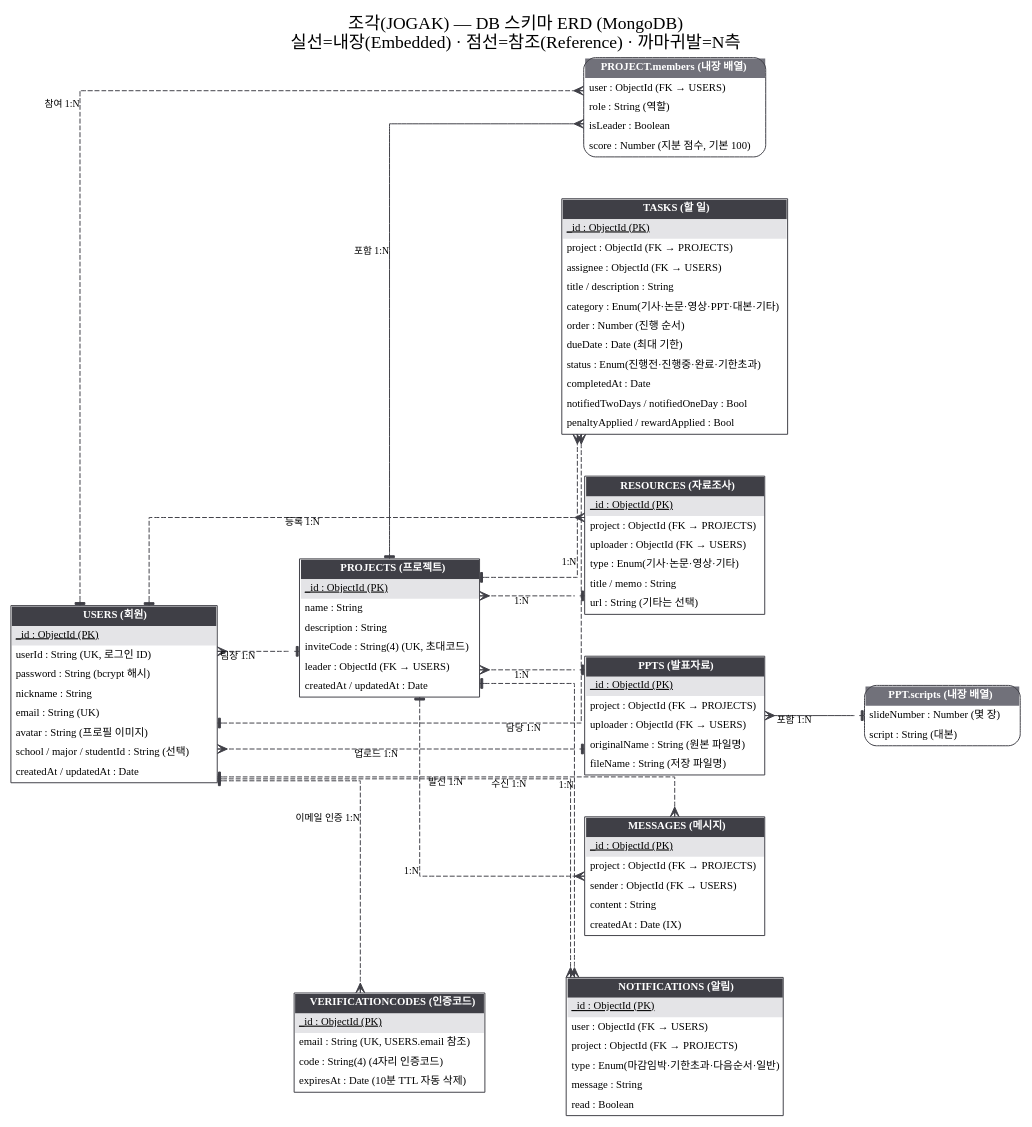
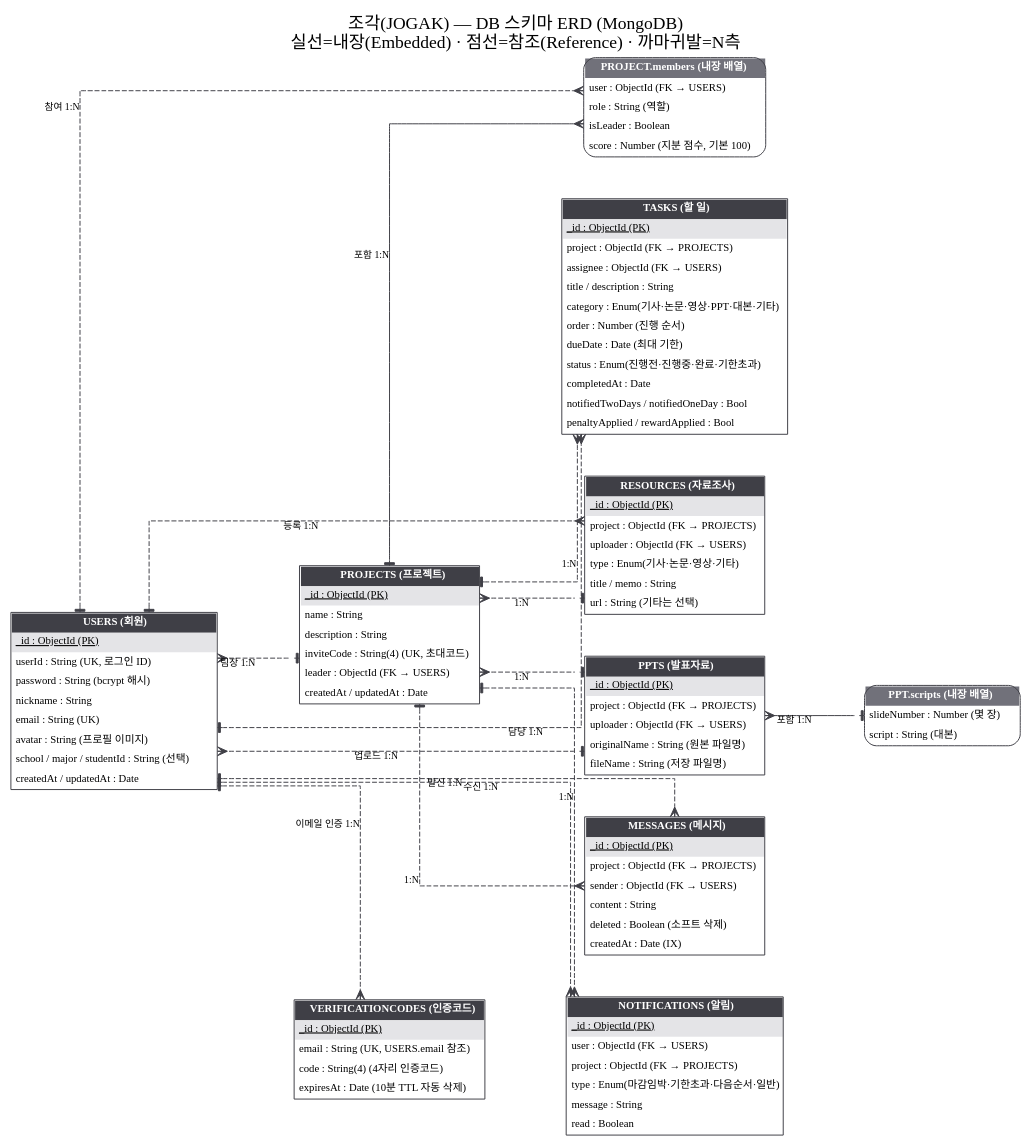
One commit to JOOKITEZ/DB_Project changed the diagram in docs/erd.dot. Above: the diagram before and after it, drawn with Graphviz. The commit also changed 10 other files, not shown here.

```diff
--- a/docs/erd.dot
+++ b/docs/erd.dot
@@ -1,135 +1,136 @@
 // 조별과제 매니저 — ERD (ERwin IE 표기법 스타일)
 // 실선 = 내장(embedded, 식별 관계) / 점선 = 참조(reference, 비식별 관계)
 digraph ERD {
   graph [rankdir=LR, splines=ortho, nodesep=0.6, ranksep=1.1, fontname="NanumGothic", bgcolor=white,
          label="조각(JOGAK) — DB 스키마 ERD (MongoDB)\n실선=내장(Embedded) · 점선=참조(Reference) · 까마귀발=N측", labelloc=t, fontsize=18];
   node  [shape=plain, fontname="NanumGothic", fontsize=11];
   edge  [fontname="NanumGothic", fontsize=10, color="#3f3f46"];
 
   USERS [label=<
     <TABLE BORDER="1" CELLBORDER="0" CELLSPACING="0" CELLPADDING="4" COLOR="#3f3f46">
       <TR><TD BGCOLOR="#3f3f46" ALIGN="CENTER"><FONT COLOR="white"><B>USERS (회원)</B></FONT></TD></TR>
       <TR><TD BGCOLOR="#e4e4e7" ALIGN="LEFT"><U>_id : ObjectId (PK)</U></TD></TR>
       <TR><TD ALIGN="LEFT">userId : String (UK, 로그인 ID)</TD></TR>
       <TR><TD ALIGN="LEFT">password : String (bcrypt 해시)</TD></TR>
       <TR><TD ALIGN="LEFT">nickname : String</TD></TR>
       <TR><TD ALIGN="LEFT">email : String (UK)</TD></TR>
       <TR><TD ALIGN="LEFT">avatar : String (프로필 이미지)</TD></TR>
       <TR><TD ALIGN="LEFT">school / major / studentId : String (선택)</TD></TR>
       <TR><TD ALIGN="LEFT">createdAt / updatedAt : Date</TD></TR>
     </TABLE>>];
 
   PROJECTS [label=<
     <TABLE BORDER="1" CELLBORDER="0" CELLSPACING="0" CELLPADDING="4" COLOR="#3f3f46">
       <TR><TD BGCOLOR="#3f3f46" ALIGN="CENTER"><FONT COLOR="white"><B>PROJECTS (프로젝트)</B></FONT></TD></TR>
       <TR><TD BGCOLOR="#e4e4e7" ALIGN="LEFT"><U>_id : ObjectId (PK)</U></TD></TR>
       <TR><TD ALIGN="LEFT">name : String</TD></TR>
       <TR><TD ALIGN="LEFT">description : String</TD></TR>
       <TR><TD ALIGN="LEFT">inviteCode : String(4) (UK, 초대코드)</TD></TR>
       <TR><TD ALIGN="LEFT">leader : ObjectId (FK → USERS)</TD></TR>
       <TR><TD ALIGN="LEFT">createdAt / updatedAt : Date</TD></TR>
     </TABLE>>];
 
   MEMBERS [label=<
     <TABLE BORDER="1" CELLBORDER="0" CELLSPACING="0" CELLPADDING="4" COLOR="#3f3f46" STYLE="ROUNDED">
       <TR><TD BGCOLOR="#71717a" ALIGN="CENTER"><FONT COLOR="white"><B>PROJECT.members (내장 배열)</B></FONT></TD></TR>
       <TR><TD ALIGN="LEFT">user : ObjectId (FK → USERS)</TD></TR>
       <TR><TD ALIGN="LEFT">role : String (역할)</TD></TR>
       <TR><TD ALIGN="LEFT">isLeader : Boolean</TD></TR>
       <TR><TD ALIGN="LEFT">score : Number (지분 점수, 기본 100)</TD></TR>
     </TABLE>>];
 
   TASKS [label=<
     <TABLE BORDER="1" CELLBORDER="0" CELLSPACING="0" CELLPADDING="4" COLOR="#3f3f46">
       <TR><TD BGCOLOR="#3f3f46" ALIGN="CENTER"><FONT COLOR="white"><B>TASKS (할 일)</B></FONT></TD></TR>
       <TR><TD BGCOLOR="#e4e4e7" ALIGN="LEFT"><U>_id : ObjectId (PK)</U></TD></TR>
       <TR><TD ALIGN="LEFT">project : ObjectId (FK → PROJECTS)</TD></TR>
       <TR><TD ALIGN="LEFT">assignee : ObjectId (FK → USERS)</TD></TR>
       <TR><TD ALIGN="LEFT">title / description : String</TD></TR>
       <TR><TD ALIGN="LEFT">category : Enum(기사·논문·영상·PPT·대본·기타)</TD></TR>
       <TR><TD ALIGN="LEFT">order : Number (진행 순서)</TD></TR>
       <TR><TD ALIGN="LEFT">dueDate : Date (최대 기한)</TD></TR>
       <TR><TD ALIGN="LEFT">status : Enum(진행전·진행중·완료·기한초과)</TD></TR>
       <TR><TD ALIGN="LEFT">completedAt : Date</TD></TR>
       <TR><TD ALIGN="LEFT">notifiedTwoDays / notifiedOneDay : Bool</TD></TR>
       <TR><TD ALIGN="LEFT">penaltyApplied / rewardApplied : Bool</TD></TR>
     </TABLE>>];
 
   RESOURCES [label=<
     <TABLE BORDER="1" CELLBORDER="0" CELLSPACING="0" CELLPADDING="4" COLOR="#3f3f46">
       <TR><TD BGCOLOR="#3f3f46" ALIGN="CENTER"><FONT COLOR="white"><B>RESOURCES (자료조사)</B></FONT></TD></TR>
       <TR><TD BGCOLOR="#e4e4e7" ALIGN="LEFT"><U>_id : ObjectId (PK)</U></TD></TR>
       <TR><TD ALIGN="LEFT">project : ObjectId (FK → PROJECTS)</TD></TR>
       <TR><TD ALIGN="LEFT">uploader : ObjectId (FK → USERS)</TD></TR>
       <TR><TD ALIGN="LEFT">type : Enum(기사·논문·영상·기타)</TD></TR>
       <TR><TD ALIGN="LEFT">title / memo : String</TD></TR>
       <TR><TD ALIGN="LEFT">url : String (기타는 선택)</TD></TR>
     </TABLE>>];
 
   PPTS [label=<
     <TABLE BORDER="1" CELLBORDER="0" CELLSPACING="0" CELLPADDING="4" COLOR="#3f3f46">
       <TR><TD BGCOLOR="#3f3f46" ALIGN="CENTER"><FONT COLOR="white"><B>PPTS (발표자료)</B></FONT></TD></TR>
       <TR><TD BGCOLOR="#e4e4e7" ALIGN="LEFT"><U>_id : ObjectId (PK)</U></TD></TR>
       <TR><TD ALIGN="LEFT">project : ObjectId (FK → PROJECTS)</TD></TR>
       <TR><TD ALIGN="LEFT">uploader : ObjectId (FK → USERS)</TD></TR>
       <TR><TD ALIGN="LEFT">originalName : String (원본 파일명)</TD></TR>
       <TR><TD ALIGN="LEFT">fileName : String (저장 파일명)</TD></TR>
     </TABLE>>];
 
   SCRIPTS [label=<
     <TABLE BORDER="1" CELLBORDER="0" CELLSPACING="0" CELLPADDING="4" COLOR="#3f3f46" STYLE="ROUNDED">
       <TR><TD BGCOLOR="#71717a" ALIGN="CENTER"><FONT COLOR="white"><B>PPT.scripts (내장 배열)</B></FONT></TD></TR>
       <TR><TD ALIGN="LEFT">slideNumber : Number (몇 장)</TD></TR>
       <TR><TD ALIGN="LEFT">script : String (대본)</TD></TR>
     </TABLE>>];
 
   MESSAGES [label=<
     <TABLE BORDER="1" CELLBORDER="0" CELLSPACING="0" CELLPADDING="4" COLOR="#3f3f46">
       <TR><TD BGCOLOR="#3f3f46" ALIGN="CENTER"><FONT COLOR="white"><B>MESSAGES (메시지)</B></FONT></TD></TR>
       <TR><TD BGCOLOR="#e4e4e7" ALIGN="LEFT"><U>_id : ObjectId (PK)</U></TD></TR>
       <TR><TD ALIGN="LEFT">project : ObjectId (FK → PROJECTS)</TD></TR>
       <TR><TD ALIGN="LEFT">sender : ObjectId (FK → USERS)</TD></TR>
       <TR><TD ALIGN="LEFT">content : String</TD></TR>
+      <TR><TD ALIGN="LEFT">deleted : Boolean (소프트 삭제)</TD></TR>
       <TR><TD ALIGN="LEFT">createdAt : Date (IX)</TD></TR>
     </TABLE>>];
 
   NOTIFICATIONS [label=<
     <TABLE BORDER="1" CELLBORDER="0" CELLSPACING="0" CELLPADDING="4" COLOR="#3f3f46">
       <TR><TD BGCOLOR="#3f3f46" ALIGN="CENTER"><FONT COLOR="white"><B>NOTIFICATIONS (알림)</B></FONT></TD></TR>
       <TR><TD BGCOLOR="#e4e4e7" ALIGN="LEFT"><U>_id : ObjectId (PK)</U></TD></TR>
       <TR><TD ALIGN="LEFT">user : ObjectId (FK → USERS)</TD></TR>
       <TR><TD ALIGN="LEFT">project : ObjectId (FK → PROJECTS)</TD></TR>
       <TR><TD ALIGN="LEFT">type : Enum(마감임박·기한초과·다음순서·일반)</TD></TR>
       <TR><TD ALIGN="LEFT">message : String</TD></TR>
       <TR><TD ALIGN="LEFT">read : Boolean</TD></TR>
     </TABLE>>];
 
   VERIFICATIONCODES [label=<
     <TABLE BORDER="1" CELLBORDER="0" CELLSPACING="0" CELLPADDING="4" COLOR="#3f3f46">
       <TR><TD BGCOLOR="#3f3f46" ALIGN="CENTER"><FONT COLOR="white"><B>VERIFICATIONCODES (인증코드)</B></FONT></TD></TR>
       <TR><TD BGCOLOR="#e4e4e7" ALIGN="LEFT"><U>_id : ObjectId (PK)</U></TD></TR>
       <TR><TD ALIGN="LEFT">email : String (UK, USERS.email 참조)</TD></TR>
       <TR><TD ALIGN="LEFT">code : String(4) (4자리 인증코드)</TD></TR>
       <TR><TD ALIGN="LEFT">expiresAt : Date (10분 TTL 자동 삭제)</TD></TR>
     </TABLE>>];
 
   // ── 관계 (1측 = tee, N측 = crow) ──
   // 내장(식별) 관계: 실선
   PROJECTS -> MEMBERS [dir=both, arrowtail=tee, arrowhead=crow, xlabel="포함 1:N"];
   PPTS     -> SCRIPTS [dir=both, arrowtail=tee, arrowhead=crow, xlabel="포함 1:N"];
 
   // 참조(비식별) 관계: 점선
   USERS    -> MEMBERS       [dir=both, arrowtail=tee, arrowhead=crow, style=dashed, xlabel="참여 1:N"];
   USERS    -> PROJECTS      [dir=both, arrowtail=tee, arrowhead=crow, style=dashed, xlabel="팀장 1:N"];
   PROJECTS -> TASKS         [dir=both, arrowtail=tee, arrowhead=crow, style=dashed, xlabel="1:N"];
   USERS    -> TASKS         [dir=both, arrowtail=tee, arrowhead=crow, style=dashed, xlabel="담당 1:N"];
   PROJECTS -> RESOURCES     [dir=both, arrowtail=tee, arrowhead=crow, style=dashed, xlabel="1:N"];
   USERS    -> RESOURCES     [dir=both, arrowtail=tee, arrowhead=crow, style=dashed, xlabel="등록 1:N"];
   PROJECTS -> PPTS          [dir=both, arrowtail=tee, arrowhead=crow, style=dashed, xlabel="1:N"];
   USERS    -> PPTS          [dir=both, arrowtail=tee, arrowhead=crow, style=dashed, xlabel="업로드 1:N"];
   PROJECTS -> MESSAGES      [dir=both, arrowtail=tee, arrowhead=crow, style=dashed, xlabel="1:N"];
   USERS    -> MESSAGES      [dir=both, arrowtail=tee, arrowhead=crow, style=dashed, xlabel="발신 1:N"];
   PROJECTS -> NOTIFICATIONS [dir=both, arrowtail=tee, arrowhead=crow, style=dashed, xlabel="1:N"];
   USERS    -> NOTIFICATIONS [dir=both, arrowtail=tee, arrowhead=crow, style=dashed, xlabel="수신 1:N"];
   USERS    -> VERIFICATIONCODES [dir=both, arrowtail=tee, arrowhead=crow, style=dashed, xlabel="이메일 인증 1:N"];
 }
```
